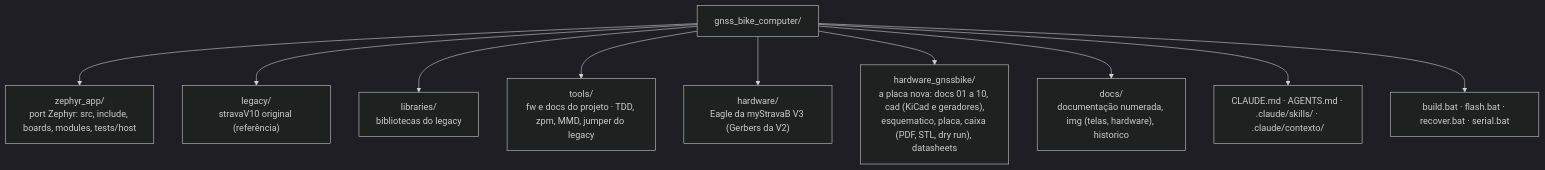
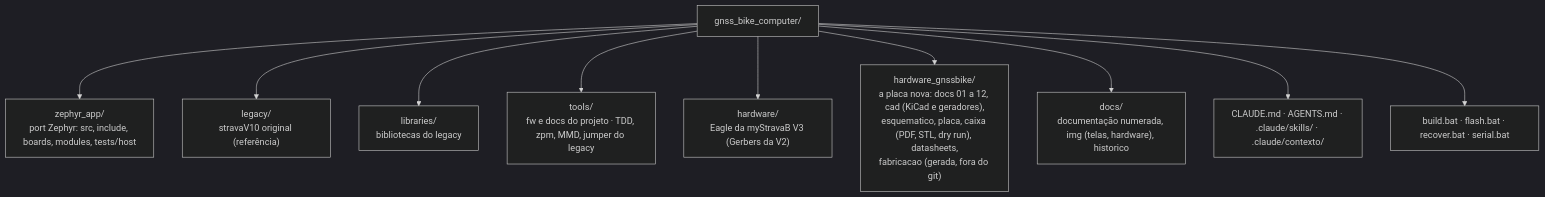
One commit to Guiimartinho/gnss-bike-computer changed the third of 3 diagrams in README.md. Above: the diagram before and after it, drawn with Mermaid (dark theme). The commit also changed other lines of this file and 19 other files, not shown here.

````diff
--- a/README.md
+++ b/README.md
@@ -138,13 +147,13 @@
 ```mermaid
 flowchart TB
     ROOT["gnss_bike_computer/"]
     ROOT --> ZA["zephyr_app/<br/>port Zephyr: src, include, boards, modules, tests/host"]
     ROOT --> LEG["legacy/<br/>stravaV10 original (referência)"]
     ROOT --> LIB["libraries/<br/>bibliotecas do legacy"]
     ROOT --> TOOLS["tools/<br/>fw e docs do projeto · TDD, zpm, MMD, jumper do legacy"]
     ROOT --> HW["hardware/<br/>Eagle da myStravaB V3 (Gerbers da V2)"]
-    ROOT --> HWN["hardware_gnssbike/<br/>a placa nova: docs 01 a 10, cad (KiCad e geradores),<br/>esquematico, placa, caixa (PDF, STL, dry run), datasheets"]
+    ROOT --> HWN["hardware_gnssbike/<br/>a placa nova: docs 01 a 12, cad (KiCad e geradores),<br/>esquematico, placa, caixa (PDF, STL, dry run), datasheets,<br/>fabricacao (gerada, fora do git)"]
     ROOT --> DOCS["docs/<br/>documentação numerada, img (telas, hardware), historico"]
     ROOT --> AI["CLAUDE.md · AGENTS.md · .claude/skills/ · .claude/contexto/"]
     ROOT --> BAT["build.bat · flash.bat · recover.bat · serial.bat"]
 ```
````
